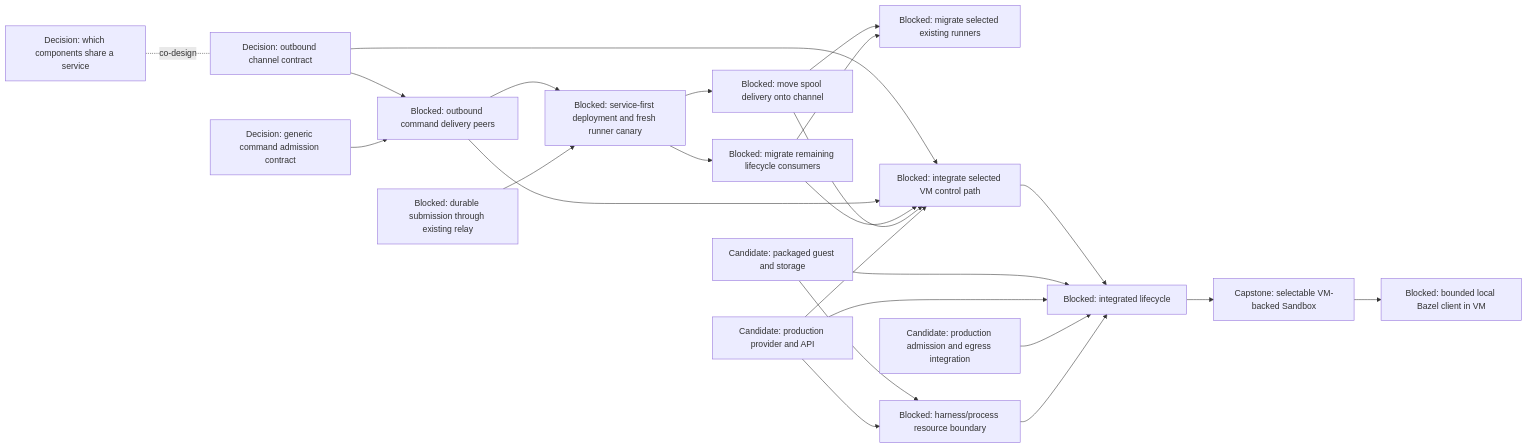
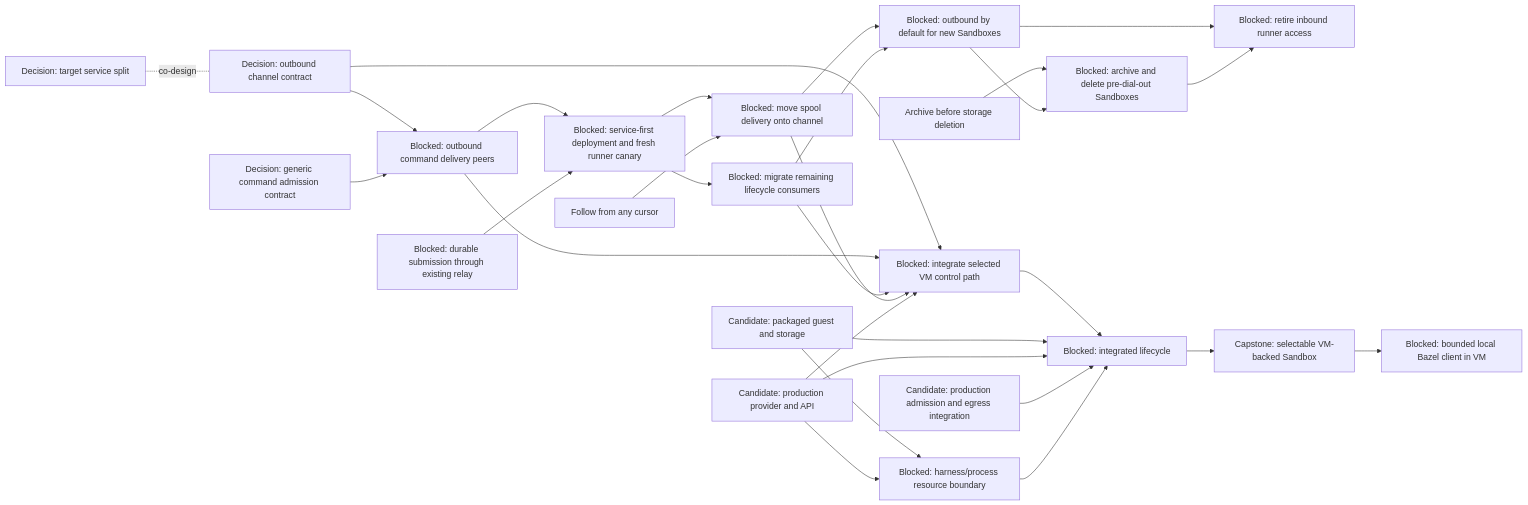
One commit to agentydragon-agent/ducktape changed the sixth of 9 diagrams in agentplane/plans/task_dag.md. Above: the diagram before and after it, drawn with Mermaid. The commit also changed other lines of this file and 5 other files, not shown here.

````diff
--- a/agentplane/plans/task_dag.md
+++ b/agentplane/plans/task_dag.md
@@ -432,40 +420,45 @@
 ```mermaid
 flowchart LR
     RUNNER_TRANSPORT_DESIGN[Decision: outbound channel contract]
-    SERVICE_BOUNDARIES[Decision: which components share a service]
+    SERVICE_BOUNDARIES[Decision: target service split]
     RUNNER_OUTBOUND_CHANNEL[Blocked: outbound command delivery peers]
     RUNNER_OUTBOUND_CANARY[Blocked: service-first deployment and fresh runner canary]
     SESSION_COMMAND_SUBMISSION[Blocked: durable submission through existing relay]
     RUNNER_OUTBOUND_SPOOL[Blocked: move spool delivery onto channel]
     RUNNER_OUTBOUND_LIFECYCLE[Blocked: migrate remaining lifecycle consumers]
-    RUNNER_OUTBOUND_ROLLOUT[Blocked: migrate selected existing runners]
+    RUNNER_OUTBOUND_ROLLOUT[Blocked: outbound by default for new Sandboxes]
     VM_CONTROL_NETWORKING[Blocked: integrate selected VM control path]
     VM_IMAGE[Candidate: packaged guest and storage]
     VM_PROVIDER[Candidate: production provider and API]
     VM_EGRESS[Candidate: production admission and egress integration]
     VM_PROCESS_ISOLATION[Blocked: harness/process resource boundary]
     VM_LIFECYCLE[Blocked: integrated lifecycle]
     RUNNER_TRANSPORT_DESIGN --> RUNNER_OUTBOUND_CHANNEL
     SERVICE_BOUNDARIES -. co-design .- RUNNER_TRANSPORT_DESIGN
     SESSION_COMMAND_CONTRACT[Decision: generic command admission contract] --> RUNNER_OUTBOUND_CHANNEL
     RUNNER_TRANSPORT_DESIGN --> VM_CONTROL_NETWORKING
     RUNNER_OUTBOUND_CHANNEL --> VM_CONTROL_NETWORKING
     RUNNER_OUTBOUND_LIFECYCLE --> VM_CONTROL_NETWORKING
     RUNNER_OUTBOUND_SPOOL --> VM_CONTROL_NETWORKING
     RUNNER_OUTBOUND_CHANNEL --> RUNNER_OUTBOUND_CANARY
     SESSION_COMMAND_SUBMISSION --> RUNNER_OUTBOUND_CANARY
     RUNNER_OUTBOUND_CANARY --> RUNNER_OUTBOUND_SPOOL
     RUNNER_OUTBOUND_CANARY --> RUNNER_OUTBOUND_LIFECYCLE
     RUNNER_OUTBOUND_SPOOL --> RUNNER_OUTBOUND_ROLLOUT
     RUNNER_OUTBOUND_LIFECYCLE --> RUNNER_OUTBOUND_ROLLOUT
+    RUNNER_OUTBOUND_ROLLOUT --> RUNNER_INBOUND_RETIRE[Blocked: retire inbound runner access]
+    SANDBOX_LIFECYCLE_DURABILITY[Archive before storage deletion] --> LEGACY_SANDBOX_RETIRE[Blocked: archive and delete pre-dial-out Sandboxes]
+    RUNNER_OUTBOUND_ROLLOUT --> LEGACY_SANDBOX_RETIRE
+    LEGACY_SANDBOX_RETIRE --> RUNNER_INBOUND_RETIRE
+    FOLLOW_REPLAY[Follow from any cursor] --> RUNNER_OUTBOUND_SPOOL
     VM_PROVIDER --> VM_CONTROL_NETWORKING
     VM_CONTROL_NETWORKING --> VM_LIFECYCLE
     VM_IMAGE --> VM_PROCESS_ISOLATION
     VM_PROVIDER --> VM_PROCESS_ISOLATION
     VM_IMAGE --> VM_LIFECYCLE
     VM_PROVIDER --> VM_LIFECYCLE
     VM_EGRESS --> VM_LIFECYCLE
     VM_PROCESS_ISOLATION --> VM_LIFECYCLE
     VM_LIFECYCLE --> SANDBOX_VM_ISOLATION[Capstone: selectable VM-backed Sandbox]
     SANDBOX_VM_ISOLATION --> LOCAL_BAZEL[Blocked: bounded local Bazel client in VM]
 ```
````
